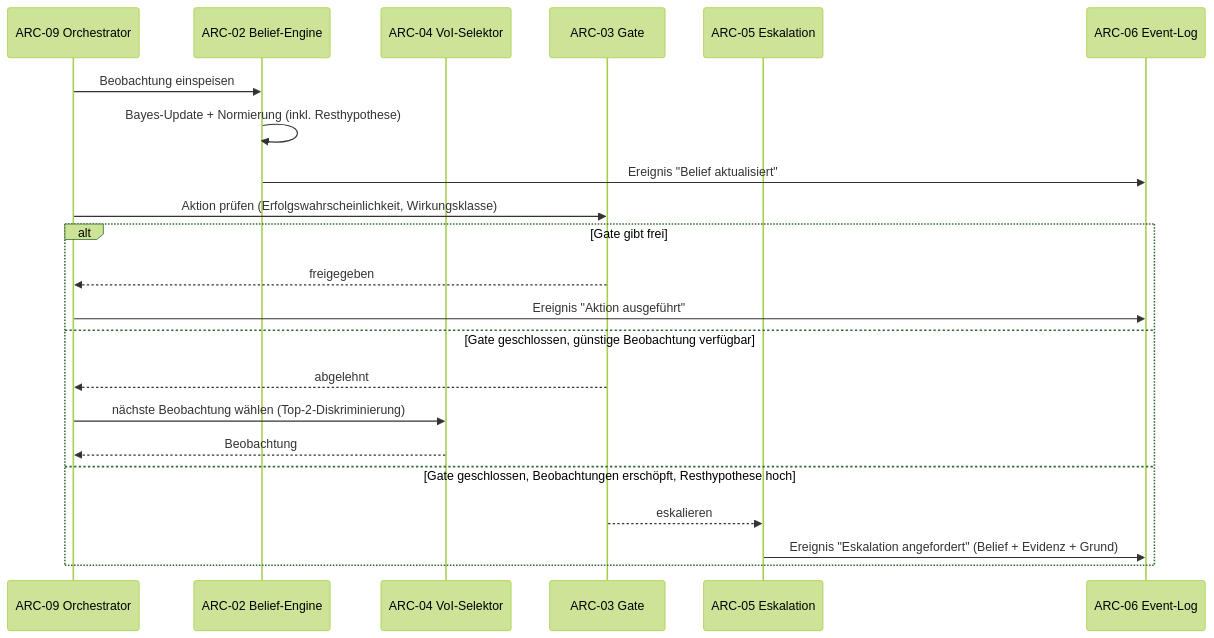
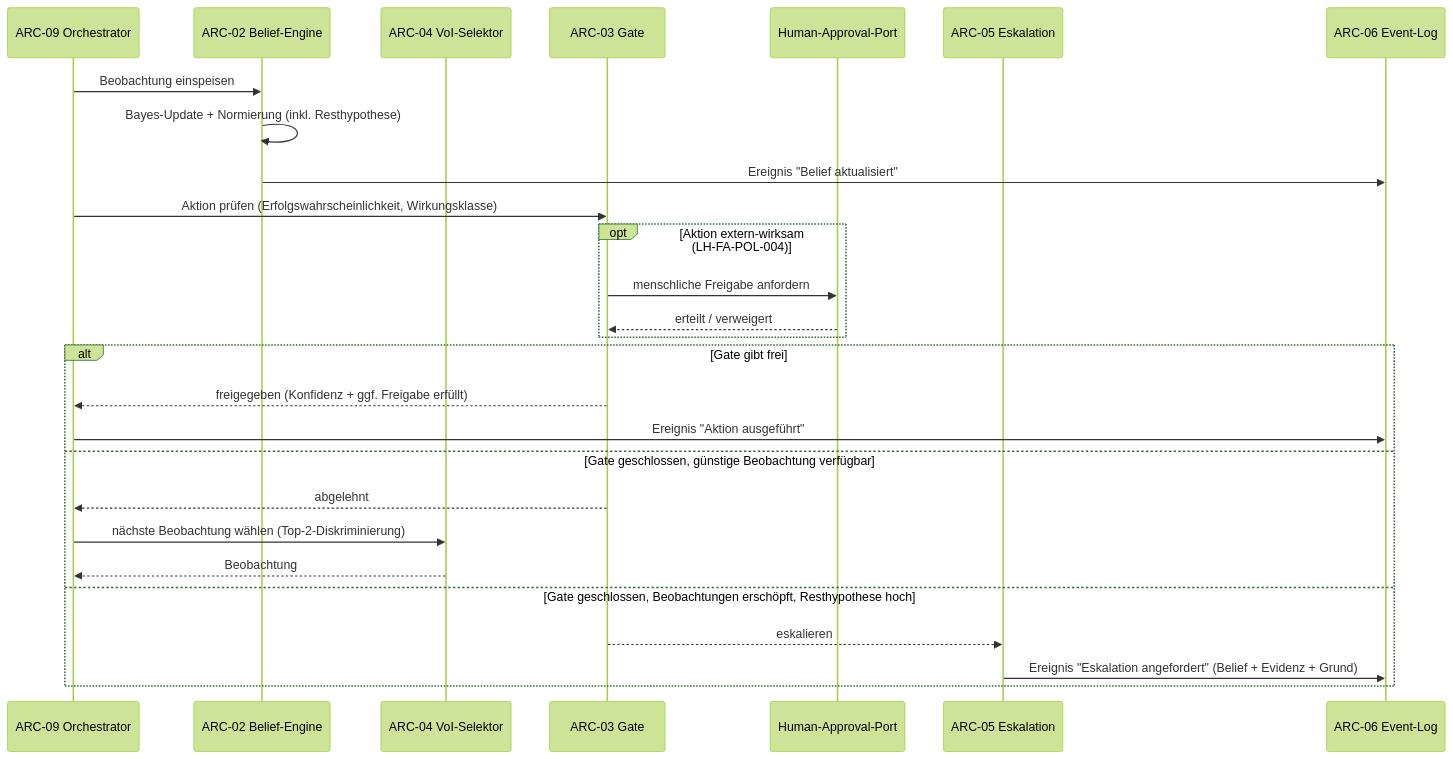
One commit to pt9912/belief-agent changed the second of 2 diagrams in spec/architecture.md. Above: the diagram before and after it, drawn with Mermaid (forest theme). The commit also changed other lines of this file and 2 other files, not shown here.

````diff
--- a/spec/architecture.md
+++ b/spec/architecture.md
@@ -91,25 +101,30 @@
 ```mermaid
 sequenceDiagram
     participant Runtime as ARC-09 Orchestrator
     participant Engine as ARC-02 Belief-Engine
     participant VoI as ARC-04 VoI-Selektor
     participant Gate as ARC-03 Gate
+    participant Appr as Human-Approval-Port
     participant Esk as ARC-05 Eskalation
     participant Audit as ARC-06 Event-Log
 
     Runtime->>Engine: Beobachtung einspeisen
     Engine->>Engine: Bayes-Update + Normierung (inkl. Resthypothese)
     Engine->>Audit: Ereignis "Belief aktualisiert"
     Runtime->>Gate: Aktion prüfen (Erfolgswahrscheinlichkeit, Wirkungsklasse)
+    opt Aktion extern-wirksam (LH-FA-POL-004)
+        Gate->>Appr: menschliche Freigabe anfordern
+        Appr-->>Gate: erteilt / verweigert
+    end
     alt Gate gibt frei
-        Gate-->>Runtime: freigegeben
+        Gate-->>Runtime: freigegeben (Konfidenz + ggf. Freigabe erfüllt)
         Runtime->>Audit: Ereignis "Aktion ausgeführt"
     else Gate geschlossen, günstige Beobachtung verfügbar
         Gate-->>Runtime: abgelehnt
         Runtime->>VoI: nächste Beobachtung wählen (Top-2-Diskriminierung)
         VoI-->>Runtime: Beobachtung
     else Gate geschlossen, Beobachtungen erschöpft, Resthypothese hoch
         Gate-->>Esk: eskalieren
         Esk->>Audit: Ereignis "Eskalation angefordert" (Belief + Evidenz + Grund)
     end
 ```
````
